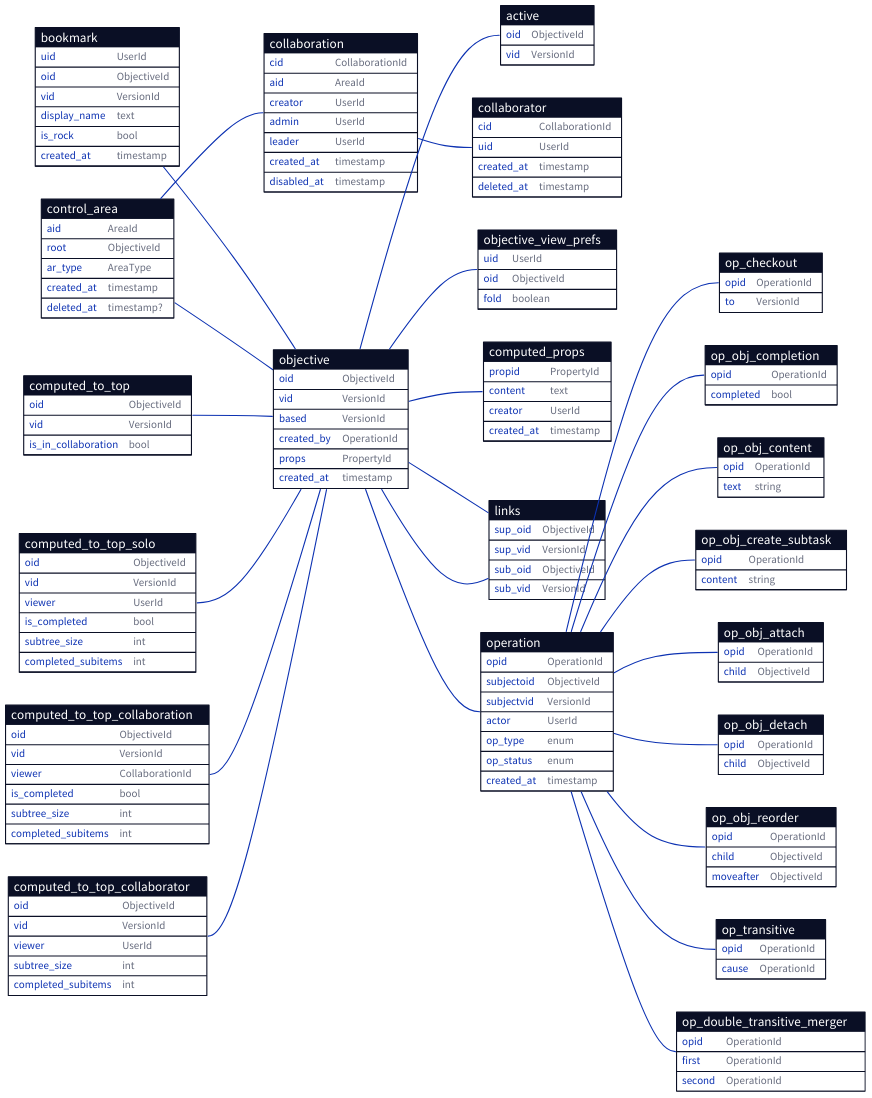
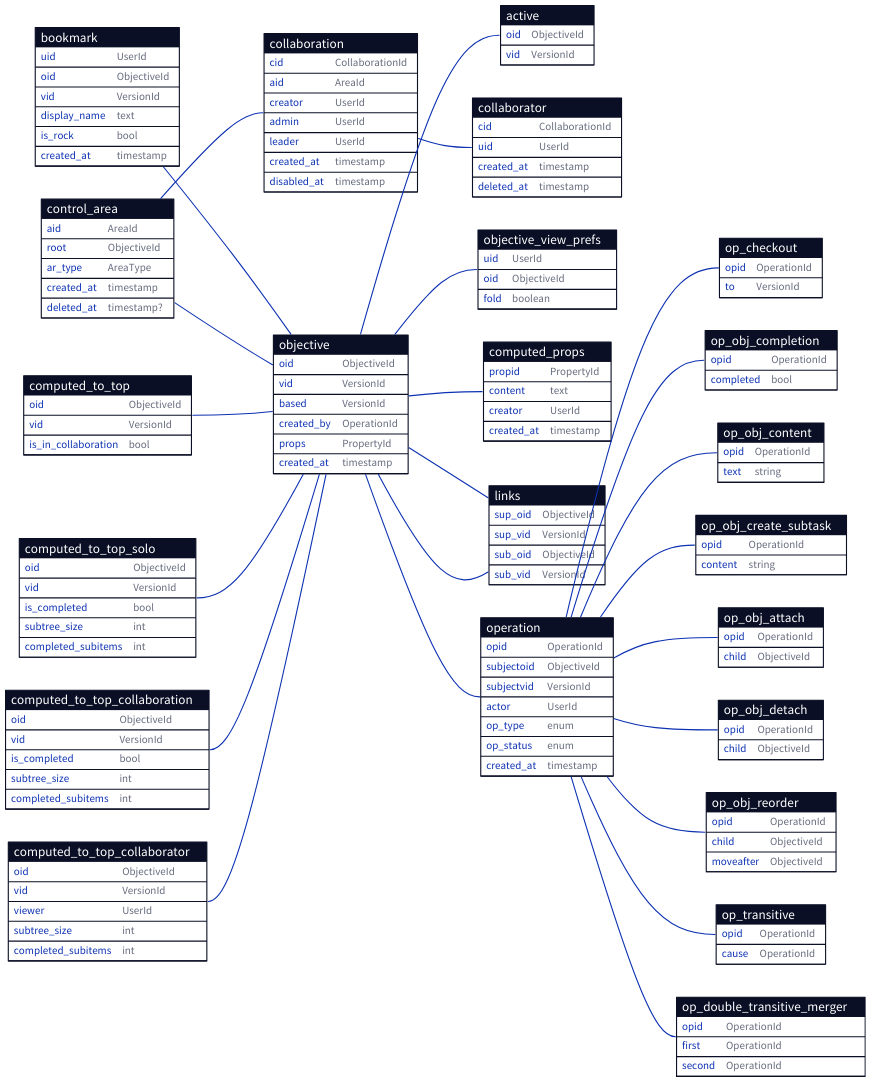
Before and after one commit to ufukty/logbook: the diagram in docs/database/simplified.d2, drawn with D2. The commit also changed 2 other files, not shown here.

Commit message:
docs/database/simplified: removes the `viewer` columns from `computed_to_top_solo` and `computed_to_top_collaboration` as they are not for holding per-viewer rows

```diff
--- a/docs/database/simplified.d2
+++ b/docs/database/simplified.d2
@@ -105,7 +105,6 @@
 
   oid: ObjectiveId
   vid: VersionId
-  viewer: UserId
 
   is_completed: bool
   subtree_size: int
@@ -117,7 +116,6 @@
 
   oid: ObjectiveId
   vid: VersionId
-  viewer: CollaborationId
 
   is_completed: bool
   subtree_size: int
```
